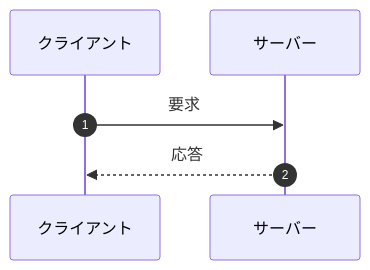
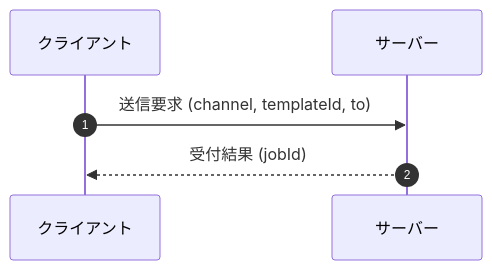
The diagram in plugins/tired-dev-cursor/SKILL.md (malanjp/skills), drawn with Mermaid before and after one commit. The commit also changed other lines of this file and 6 other files, not shown here.

````diff
--- a/plugins/tired-dev-cursor/SKILL.md
+++ b/plugins/tired-dev-cursor/SKILL.md
@@ -282,8 +285,8 @@
   ```mermaid
   sequenceDiagram
       autonumber
       participant C as クライアント
       participant S as サーバー
-      C->>S: 要求
-      S-->>C: 応答
+      C->>S: 送信要求 (channel, templateId, to)
+      S-->>C: 受付結果 (jobId)
   ```
````
